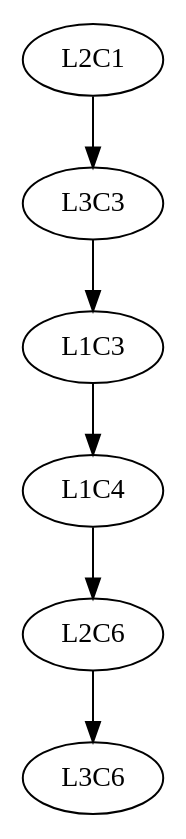
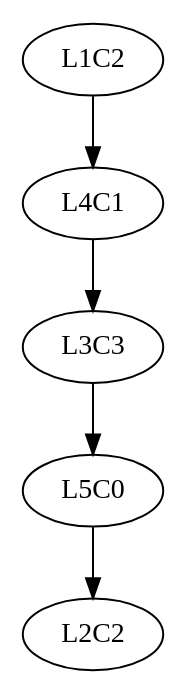
Before and after one commit to AlvaroCeballos/IPC2_Proyecto2_202300673: the diagram in cola_elaboracion.gv, drawn with Graphviz. The commit also changed 3 other files, not shown here.

```diff
--- a/cola_elaboracion.gv
+++ b/cola_elaboracion.gv
@@ -1,14 +1,12 @@
 // Cola de Elaboración
 digraph {
-	<ListasEnlazadas.nodoCola.NodoElaboracion object at 0x000002024E3F04A0> [label=L2C1]
-	<ListasEnlazadas.nodoCola.NodoElaboracion object at 0x000002024E3F04A0> -> <ListasEnlazadas.nodoCola.NodoElaboracion object at 0x000002024E3F08F0>
-	<ListasEnlazadas.nodoCola.NodoElaboracion object at 0x000002024E3F08F0> [label=L3C3]
-	<ListasEnlazadas.nodoCola.NodoElaboracion object at 0x000002024E3F08F0> -> <ListasEnlazadas.nodoCola.NodoElaboracion object at 0x000002024E3F3620>
-	<ListasEnlazadas.nodoCola.NodoElaboracion object at 0x000002024E3F3620> [label=L1C3]
-	<ListasEnlazadas.nodoCola.NodoElaboracion object at 0x000002024E3F3620> -> <ListasEnlazadas.nodoCola.NodoElaboracion object at 0x000002024E3F3650>
-	<ListasEnlazadas.nodoCola.NodoElaboracion object at 0x000002024E3F3650> [label=L1C4]
-	<ListasEnlazadas.nodoCola.NodoElaboracion object at 0x000002024E3F3650> -> <ListasEnlazadas.nodoCola.NodoElaboracion object at 0x000002024E3F3680>
-	<ListasEnlazadas.nodoCola.NodoElaboracion object at 0x000002024E3F3680> [label=L2C6]
-	<ListasEnlazadas.nodoCola.NodoElaboracion object at 0x000002024E3F3680> -> <ListasEnlazadas.nodoCola.NodoElaboracion object at 0x000002024E3F36B0>
-	<ListasEnlazadas.nodoCola.NodoElaboracion object at 0x000002024E3F36B0> [label=L3C6]
+	<ListasEnlazadas.nodoCola.NodoElaboracion object at 0x000001F7695CEBA0> [label=L1C2]
+	<ListasEnlazadas.nodoCola.NodoElaboracion object at 0x000001F7695CEBA0> -> <ListasEnlazadas.nodoCola.NodoElaboracion object at 0x000001F7695CEBD0>
+	<ListasEnlazadas.nodoCola.NodoElaboracion object at 0x000001F7695CEBD0> [label=L4C1]
+	<ListasEnlazadas.nodoCola.NodoElaboracion object at 0x000001F7695CEBD0> -> <ListasEnlazadas.nodoCola.NodoElaboracion object at 0x000001F7695CEC00>
+	<ListasEnlazadas.nodoCola.NodoElaboracion object at 0x000001F7695CEC00> [label=L3C3]
+	<ListasEnlazadas.nodoCola.NodoElaboracion object at 0x000001F7695CEC00> -> <ListasEnlazadas.nodoCola.NodoElaboracion object at 0x000001F7695CEC30>
+	<ListasEnlazadas.nodoCola.NodoElaboracion object at 0x000001F7695CEC30> [label=L5C0]
+	<ListasEnlazadas.nodoCola.NodoElaboracion object at 0x000001F7695CEC30> -> <ListasEnlazadas.nodoCola.NodoElaboracion object at 0x000001F7695CEC60>
+	<ListasEnlazadas.nodoCola.NodoElaboracion object at 0x000001F7695CEC60> [label=L2C2]
 }
```
